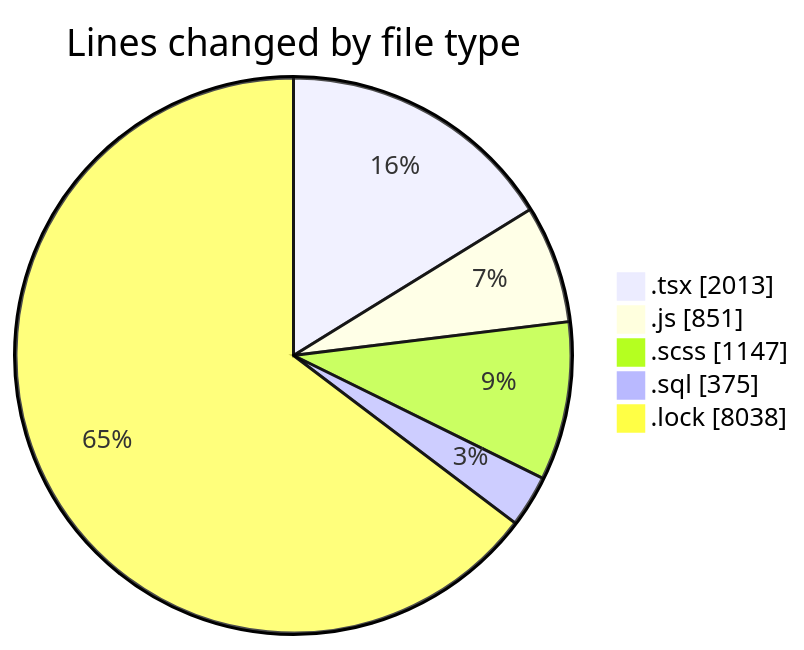
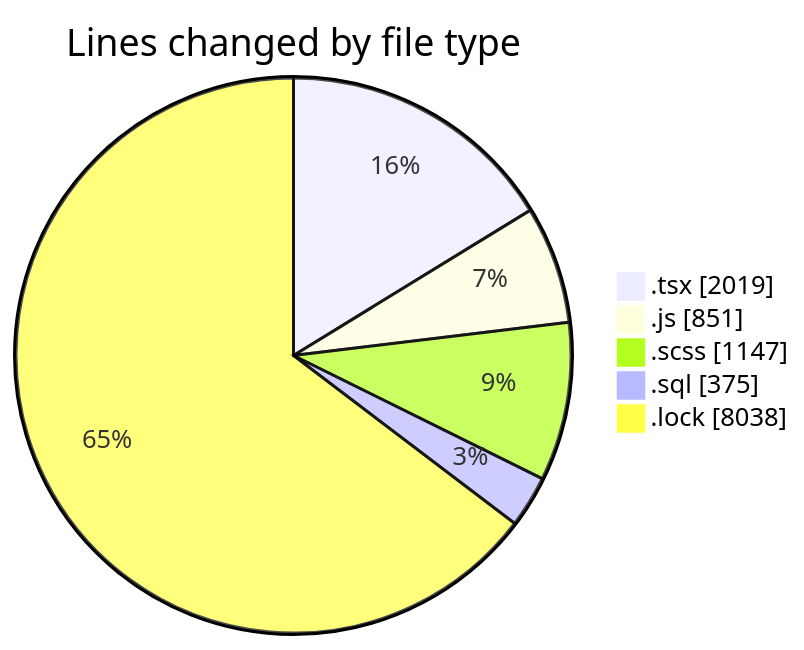
Before and after one commit to momahboobian/code-tracking: the first of 2 diagrams in 2025-03-18/cda/README.md, drawn with Mermaid. The commit also changed other lines of this file and 1 other file, not shown here.

````diff
--- a/2025-03-18/cda/README.md
+++ b/2025-03-18/cda/README.md
@@ -34,9 +34,9 @@
 ```mermaid
 pie showData
 title Lines changed by file type
-".tsx" : 2013
+".tsx" : 2019
 ".js" : 851
 ".scss" : 1147
 ".sql" : 375
 ".lock" : 8038
 ```
````
